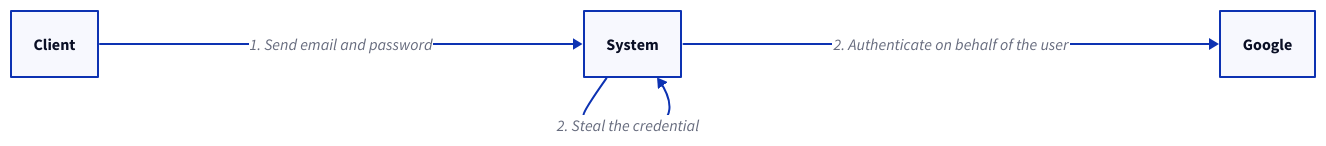
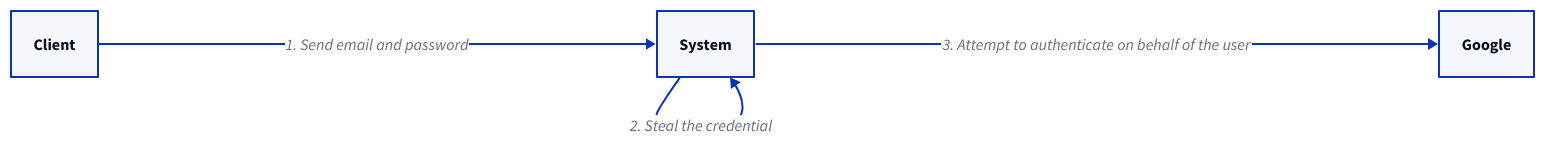
One commit to link1905/system-design-101 changed the ninth of 25 diagrams in content/docs/system-administration/system-protection/iam.md. Above: the diagram before and after it, drawn with D2. The commit also changed other lines of this file and 9 other files, not shown here.

````diff
--- a/content/docs/system-administration/system-protection/iam.md
+++ b/content/docs/system-administration/system-protection/iam.md
@@ -422,17 +401,18 @@
 ```d2
 direction: right
 s: System {
     class: server
 }
 i: Google {
     class: google
 }
 c: Client {
     class: client
 }
+
 c -> s: "1. Send email and password"
 s -> s: "2. Steal the credential" {
   class: error-conn
 }
-s -> i: "2. Authenticate on behalf of the user"
+s -> i: "3. Attempt to authenticate on behalf of the user"
 ```
````
